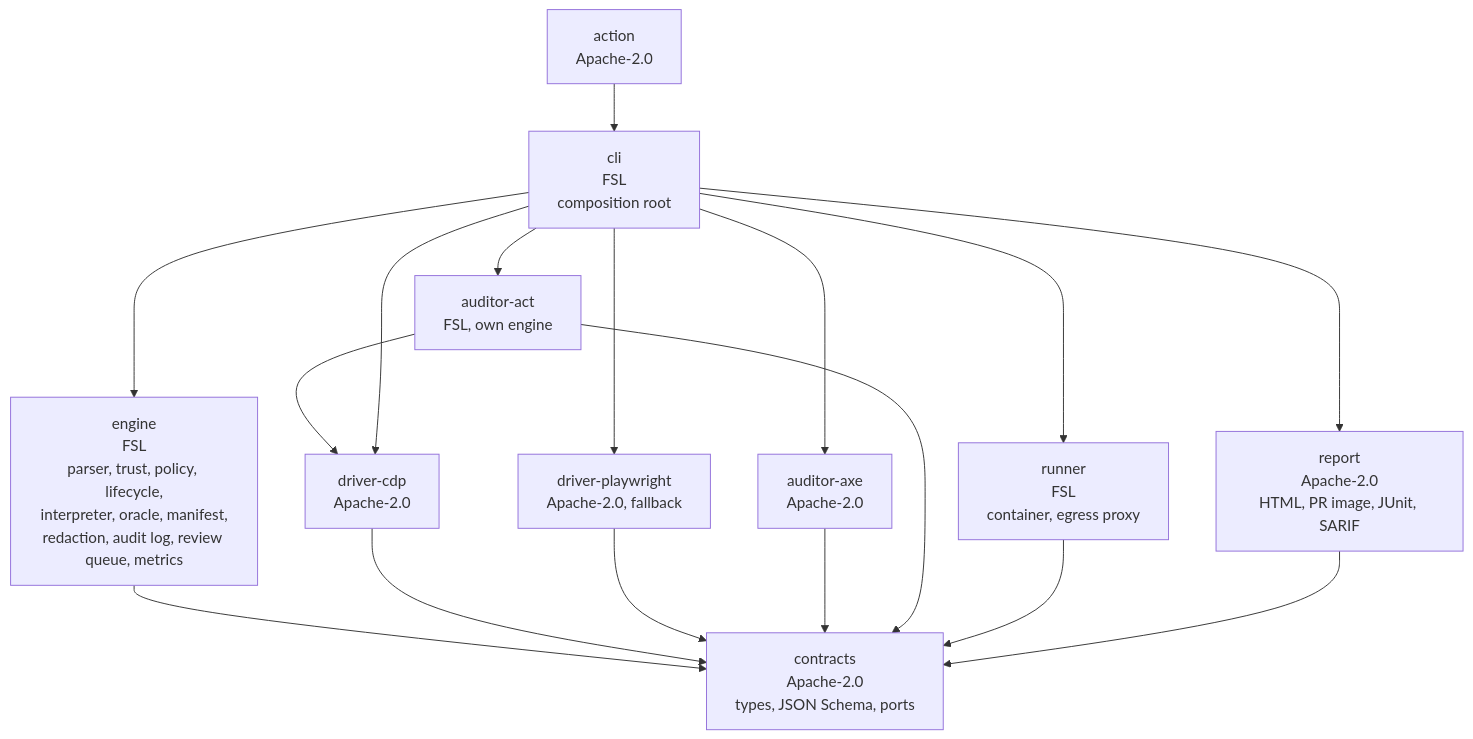
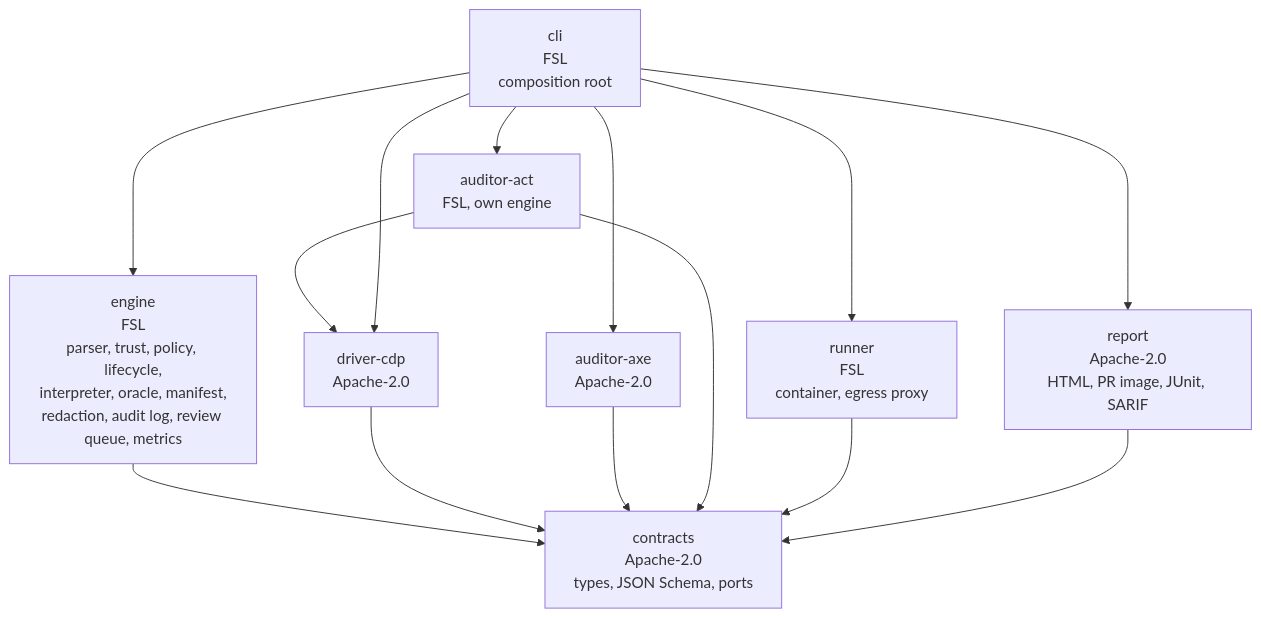
Before and after one commit to naovixen/revisum: the second of 5 diagrams in docs/system-design.md, drawn with Mermaid. The commit also changed other lines of this file and 39 other files, not shown here.

First line of the commit message:
Remove the Playwright driver and the empty action package

````diff
--- a/docs/system-design.md
+++ b/docs/system-design.md
@@ -79,23 +79,19 @@
 ```mermaid
 flowchart TB
   contracts[contracts<br/>Apache-2.0<br/>types, JSON Schema, ports]
   engine[engine<br/>FSL<br/>parser, trust, policy, lifecycle,<br/>interpreter, oracle, manifest,<br/>redaction, audit log, review queue, metrics]
   cdp[driver-cdp<br/>Apache-2.0]
-  pw[driver-playwright<br/>Apache-2.0, fallback]
   axe[auditor-axe<br/>Apache-2.0]
   act[auditor-act<br/>FSL, own engine]
   runner[runner<br/>FSL<br/>container, egress proxy]
   report[report<br/>Apache-2.0<br/>HTML, PR image, JUnit, SARIF]
   cli[cli<br/>FSL<br/>composition root]
-  action[action<br/>Apache-2.0]
   engine --> contracts
   cdp --> contracts
-  pw --> contracts
   axe --> contracts
   act --> contracts
   act --> cdp
   runner --> contracts
   report --> contracts
-  cli --> engine & cdp & pw & axe & act & runner & report
-  action --> cli
+  cli --> engine & cdp & axe & act & runner & report
 ```
````
